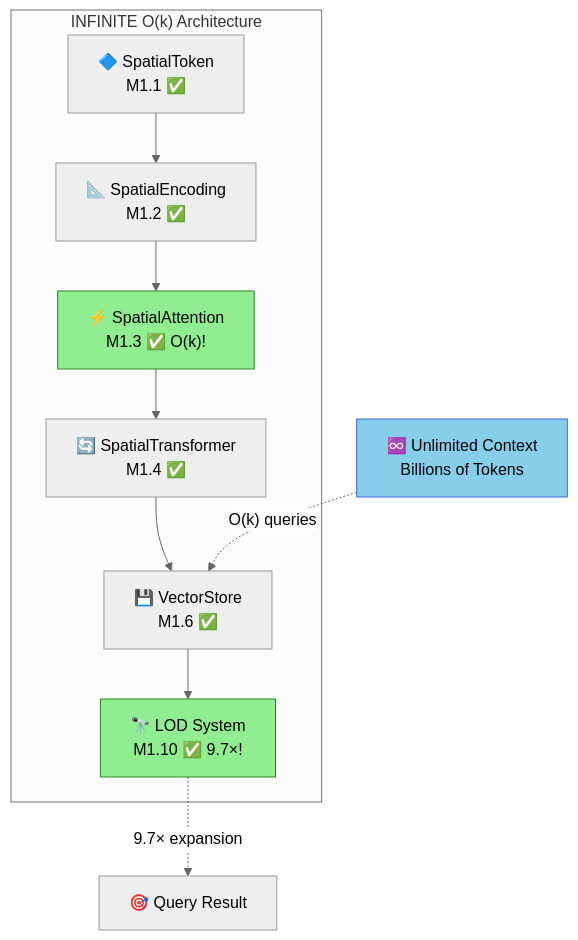
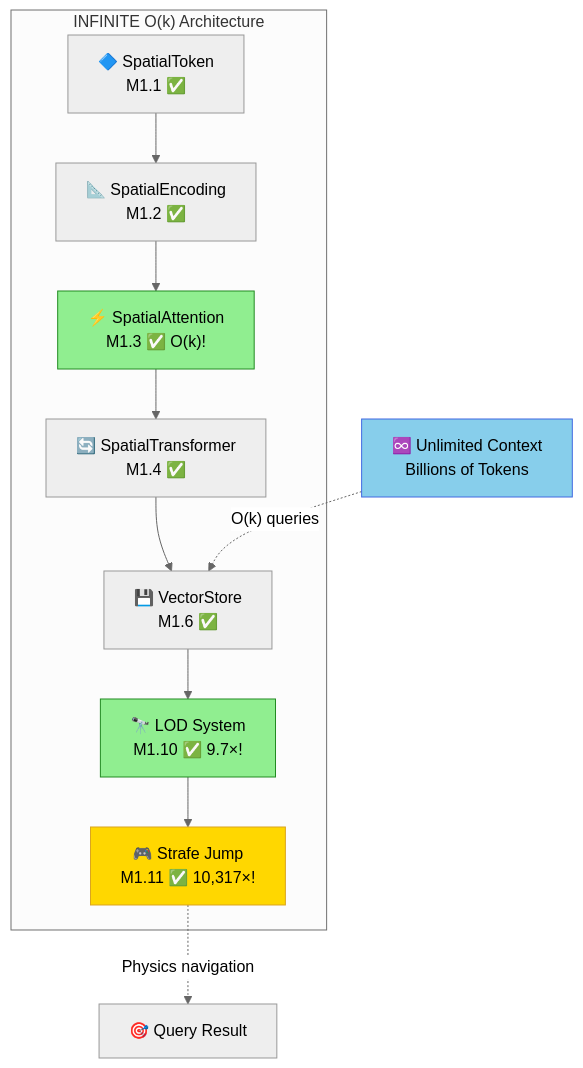
One commit to ch1pu/infinate changed the diagram in README.md. Above: the diagram before and after it, drawn with Mermaid (neutral theme). The commit also changed other lines of this file and 1 other file, not shown here.

````diff
--- a/README.md
+++ b/README.md
@@ -393,17 +397,19 @@
 ```mermaid
 graph TB
     subgraph "INFINITE O(k) Architecture"
         A["🔷 SpatialToken<br/>M1.1 ✅"] --> B["📐 SpatialEncoding<br/>M1.2 ✅"]
         B --> C["⚡ SpatialAttention<br/>M1.3 ✅ O(k)!"]
         C --> D["🔄 SpatialTransformer<br/>M1.4 ✅"]
         D --> E["💾 VectorStore<br/>M1.6 ✅"]
         E --> F["🔭 LOD System<br/>M1.10 ✅ 9.7×!"]
+        F --> G["🎮 Strafe Jump<br/>M1.11 ✅ 10,317×!"]
     end
 
-    G["♾️ Unlimited Context<br/>Billions of Tokens"] -.->|"O(k) queries"| E
-    F -.->|"9.7× expansion"| H["🎯 Query Result"]
+    H["♾️ Unlimited Context<br/>Billions of Tokens"] -.->|"O(k) queries"| E
+    G -.->|"Physics navigation"| I["🎯 Query Result"]
 
     style C fill:#90EE90,stroke:#228B22
     style F fill:#90EE90,stroke:#228B22
-    style G fill:#87CEEB,stroke:#4169E1
+    style G fill:#FFD700,stroke:#DAA520
+    style H fill:#87CEEB,stroke:#4169E1
 ```
````
